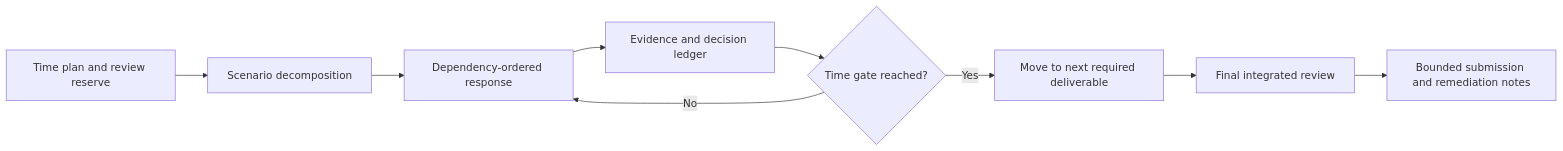
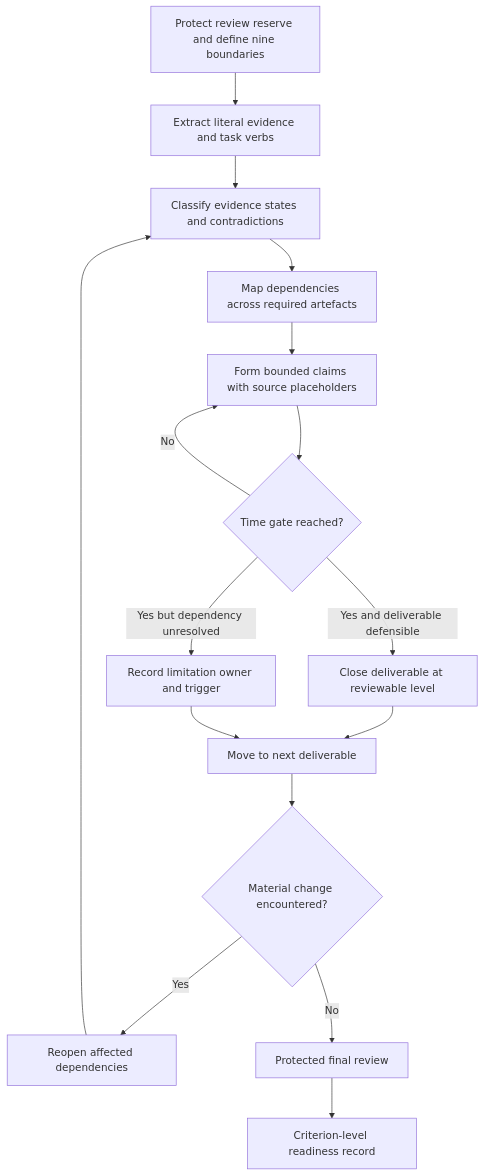
One commit to andrew3stedall/capstone changed the first of 2 diagrams in docs/learning-plans/12-week/modules/day-76-timed-integrated-scenario-with-worked-example-fading-removed.md. Above: the diagram before and after it, drawn with Mermaid. The commit also changed other lines of this file and 4 other files, not shown here.

````diff
--- a/docs/learning-plans/12-week/modules/day-76-timed-integrated-scenario-with-worked-example-fading-removed.md
+++ b/docs/learning-plans/12-week/modules/day-76-timed-integrated-scenario-with-worked-example-fading-removed.md
@@ -69,11 +111,18 @@
 ```mermaid
-flowchart LR
-  A[Time plan and review reserve] --> B[Scenario decomposition]
-  B --> C[Dependency-ordered response]
-  C --> D[Evidence and decision ledger]
-  D --> E{Time gate reached?}
-  E -->|Yes| F[Move to next required deliverable]
-  E -->|No| C
-  F --> G[Final integrated review]
-  G --> H[Bounded submission and remediation notes]
+flowchart TD
+  A[Protect review reserve and define nine boundaries] --> B[Extract literal evidence and task verbs]
+  B --> C[Classify evidence states and contradictions]
+  C --> D[Map dependencies across required artefacts]
+  D --> E[Form bounded claims with source placeholders]
+  E --> F{Time gate reached?}
+  F -->|No| E
+  F -->|Yes and deliverable defensible| G[Close deliverable at reviewable level]
+  F -->|Yes but dependency unresolved| H[Record limitation owner and trigger]
+  G --> I[Move to next deliverable]
+  H --> I
+  I --> J{Material change encountered?}
+  J -->|Yes| K[Reopen affected dependencies]
+  J -->|No| L[Protected final review]
+  K --> C
+  L --> M[Criterion-level readiness record]
 ```
````
